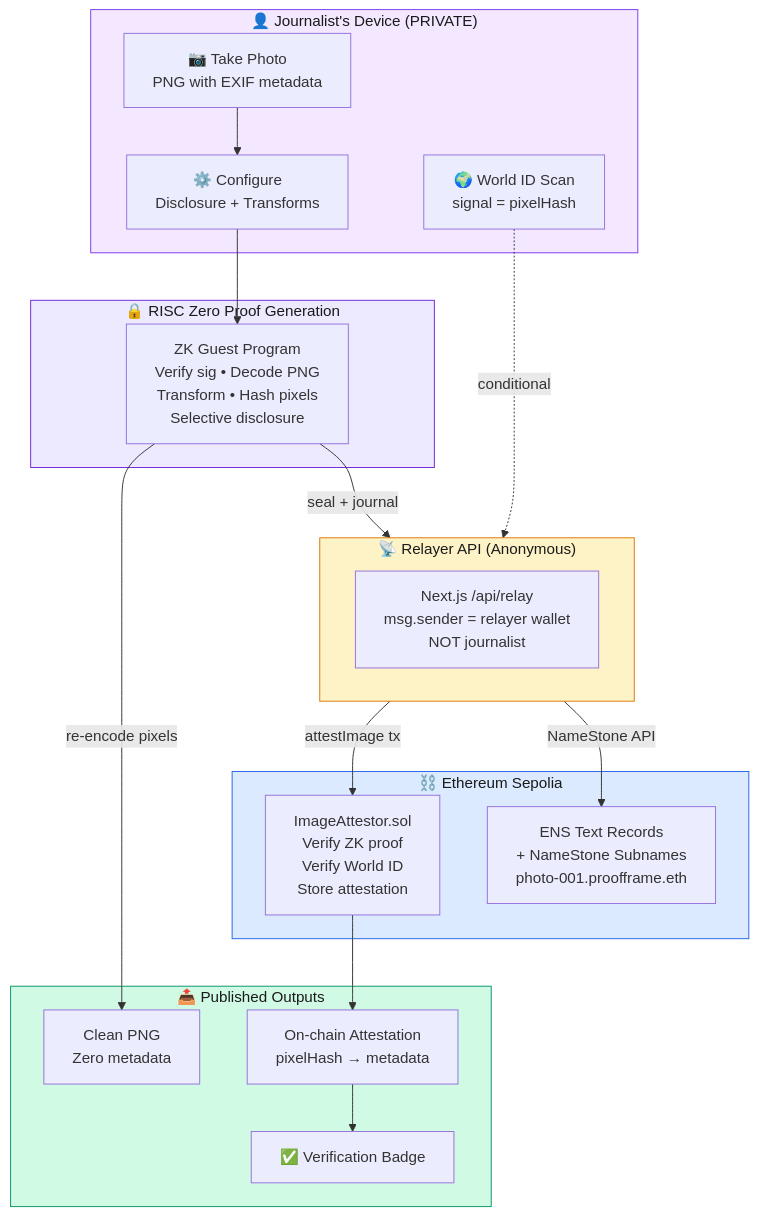
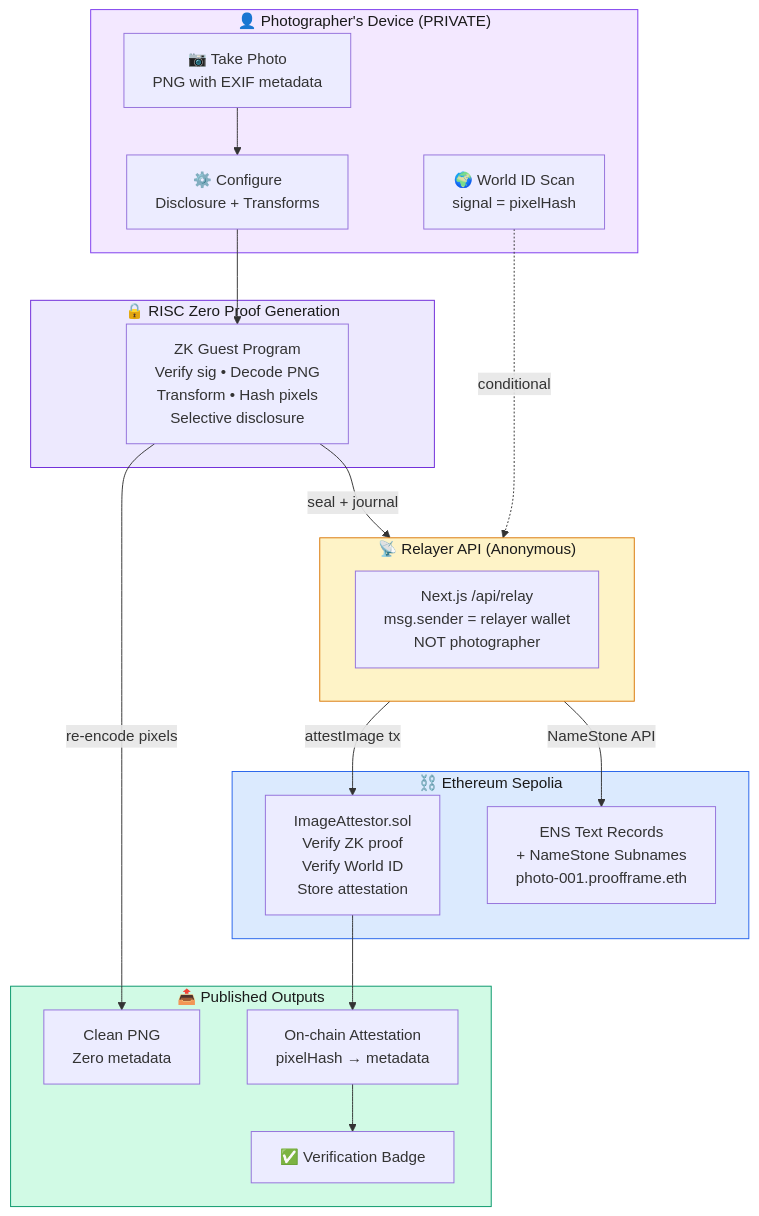
Before and after one commit to pycckuu/proof-frame: the first of 13 diagrams in docs/DIAGRAMS.md, drawn with Mermaid. The commit also changed other lines of this file and 26 other files, not shown here.

````diff
--- a/docs/DIAGRAMS.md
+++ b/docs/DIAGRAMS.md
@@ -5,43 +5,43 @@
 ```mermaid
 graph TB
-    subgraph JOURNALIST["👤 Journalist's Device (PRIVATE)"]
+    subgraph PHOTOGRAPHER["👤 Photographer's Device (PRIVATE)"]
         PHOTO[📷 Take Photo<br/>PNG with EXIF metadata]
         CONFIG[⚙️ Configure<br/>Disclosure + Transforms]
         WORLDID[🌍 World ID Scan<br/>signal = pixelHash]
     end
 
     subgraph PROVER["🔒 RISC Zero Proof Generation"]
         GUEST[ZK Guest Program<br/>Verify sig • Decode PNG<br/>Transform • Hash pixels<br/>Selective disclosure]
     end
 
     subgraph RELAY["📡 Relayer API (Anonymous)"]
-        RELAYER[Next.js /api/relay<br/>msg.sender = relayer wallet<br/>NOT journalist]
+        RELAYER[Next.js /api/relay<br/>msg.sender = relayer wallet<br/>NOT photographer]
     end
 
     subgraph CHAIN["⛓️ Ethereum Sepolia"]
         CONTRACT[ImageAttestor.sol<br/>Verify ZK proof<br/>Verify World ID<br/>Store attestation]
         ENS[ENS Text Records<br/>+ NameStone Subnames<br/>photo-001.proofframe.eth]
     end
 
     subgraph OUTPUT["📤 Published Outputs"]
         CLEAN[Clean PNG<br/>Zero metadata]
         ATTEST[On-chain Attestation<br/>pixelHash → metadata]
         BADGE[✅ Verification Badge]
     end
 
     PHOTO --> CONFIG
     CONFIG --> GUEST
     WORLDID -.->|conditional| RELAY
     GUEST -->|seal + journal| RELAY
     RELAY -->|attestImage tx| CONTRACT
     RELAY -->|NameStone API| ENS
     CONTRACT --> ATTEST
     GUEST -->|re-encode pixels| CLEAN
     ATTEST --> BADGE
 
-    style JOURNALIST fill:#f3e8ff,stroke:#7c3aed,color:#1a1a1a
+    style PHOTOGRAPHER fill:#f3e8ff,stroke:#7c3aed,color:#1a1a1a
     style PROVER fill:#ede9fe,stroke:#6d28d9,color:#1a1a1a
     style RELAY fill:#fef3c7,stroke:#d97706,color:#1a1a1a
     style CHAIN fill:#dbeafe,stroke:#2563eb,color:#1a1a1a
     style OUTPUT fill:#d1fae5,stroke:#059669,color:#1a1a1a
 ```
````
